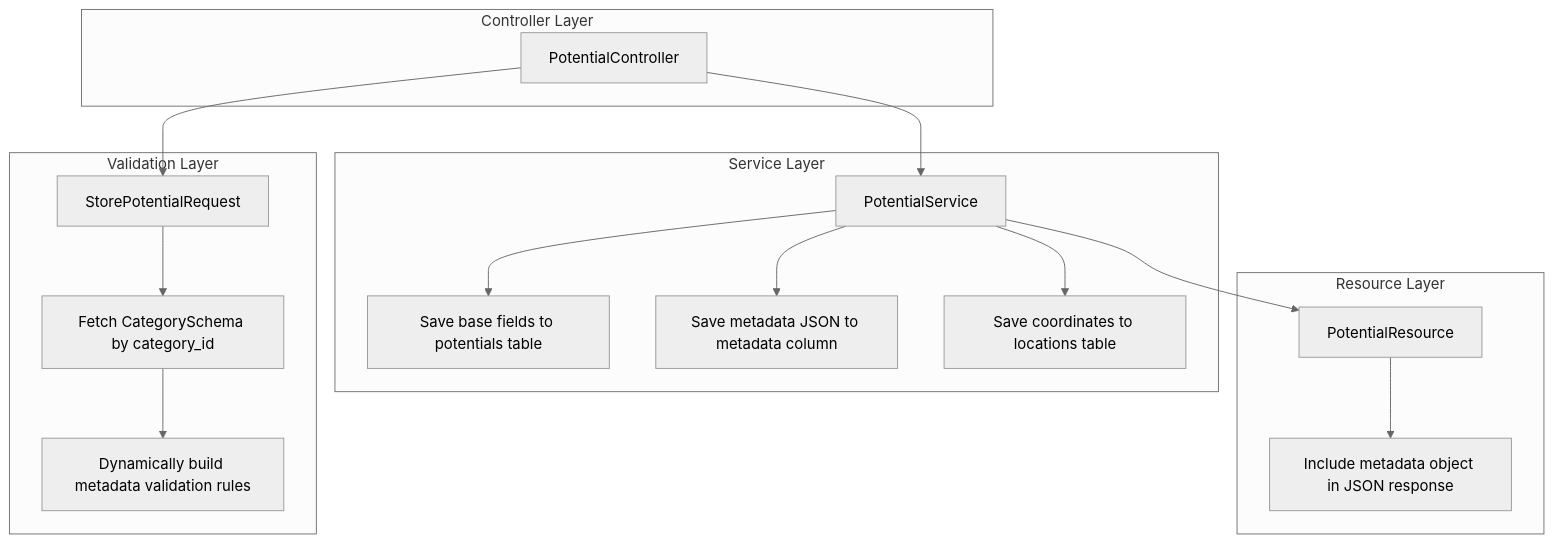
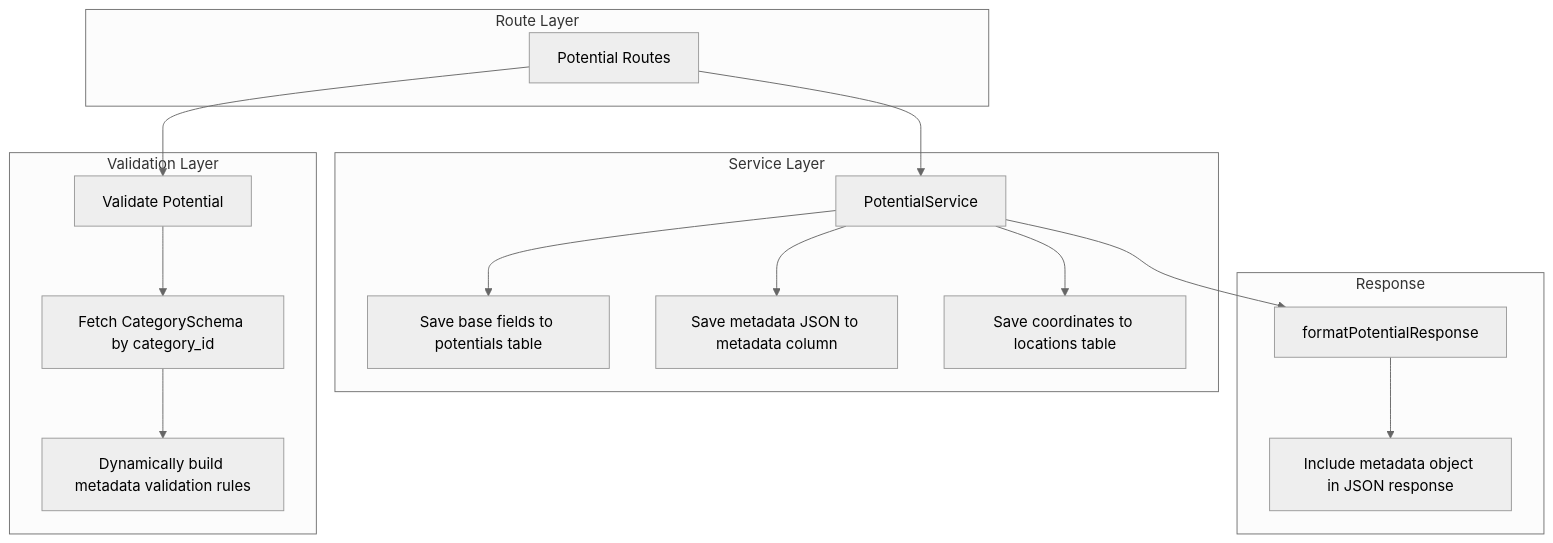
One commit to bitsy6699/WebDesa changed the fifth of 5 diagrams in docs/engineering/BACKEND_ARCHITECTURE.md. Above: the diagram before and after it, drawn with Mermaid (neutral theme). The commit also changed other lines of this file and 545 other files, not shown here.

````diff
--- a/docs/engineering/BACKEND_ARCHITECTURE.md
+++ b/docs/engineering/BACKEND_ARCHITECTURE.md
@@ -342,25 +297,25 @@
 ```mermaid
 graph TD
-    subgraph Controller Layer
-        PC[PotentialController]
+    subgraph Route Layer
+        PR[Potential Routes]
     end
     subgraph Validation Layer
-        FR[StorePotentialRequest]
-        FR --> FetchSchema[Fetch CategorySchema by category_id]
+        V[Validate Potential]
+        V --> FetchSchema[Fetch CategorySchema by category_id]
         FetchSchema --> BuildRules[Dynamically build metadata validation rules]
     end
     subgraph Service Layer
         PS[PotentialService]
         PS --> SaveBase[Save base fields to potentials table]
         PS --> SaveMeta[Save metadata JSON to metadata column]
         PS --> SaveLoc[Save coordinates to locations table]
     end
-    subgraph Resource Layer
-        PR[PotentialResource]
-        PR --> RenderMeta[Include metadata object in JSON response]
+    subgraph Response
+        R[formatPotentialResponse]
+        R --> RenderMeta[Include metadata object in JSON response]
     end
 
-    PC --> FR
-    PC --> PS
-    PS --> PR
+    PR --> V
+    PR --> PS
+    PS --> R
 ```
````
